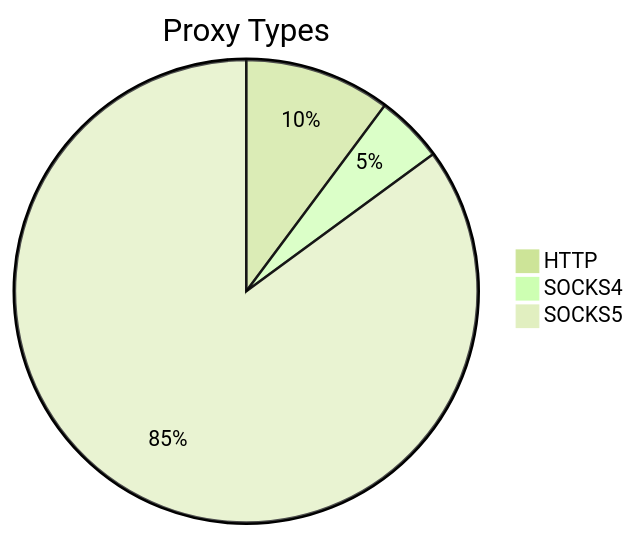
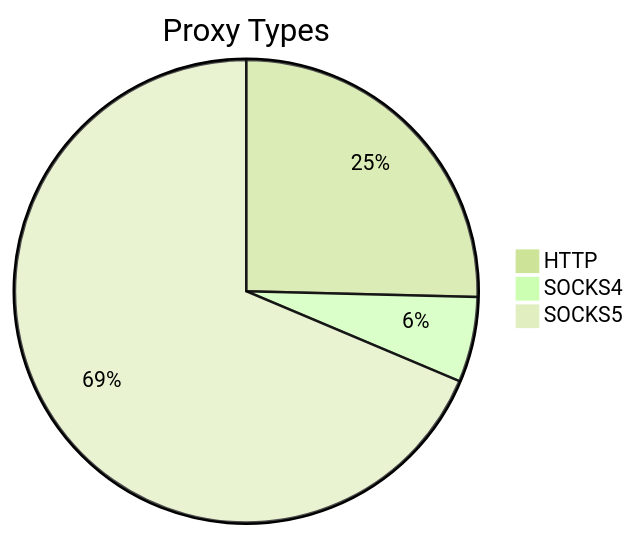
The first of 2 diagrams in README.md (stormsia/proxy-list), drawn with Mermaid (forest theme) before and after one commit. The commit also changed other lines of this file, not shown here.

````diff
--- a/README.md
+++ b/README.md
@@ -21,6 +21,6 @@
 ```mermaid
 pie title Proxy Types
-    "HTTP" : 108
-    "SOCKS4" : 50
-    "SOCKS5" : 901
+    "HTTP" : 81
+    "SOCKS4" : 19
+    "SOCKS5" : 219
 ```
````
